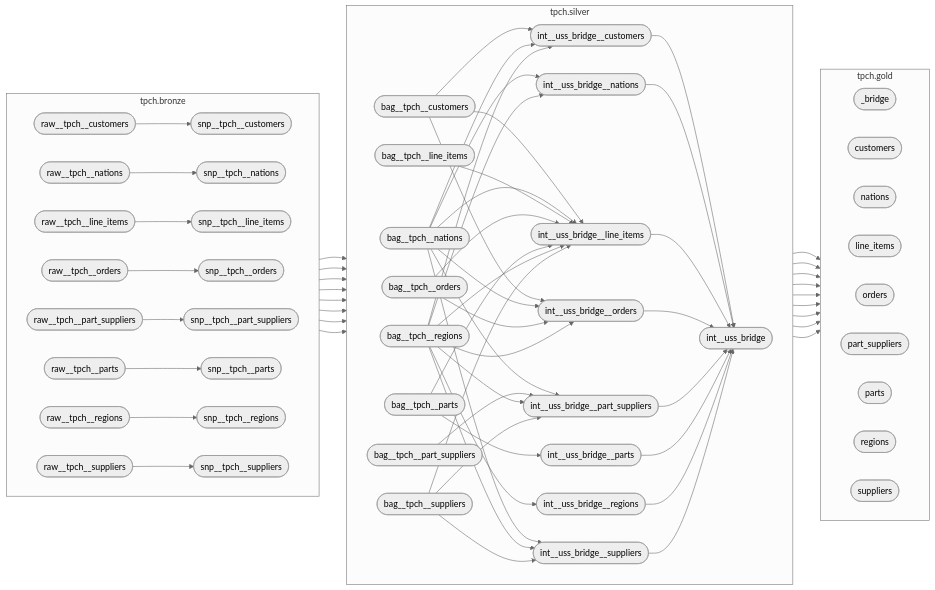
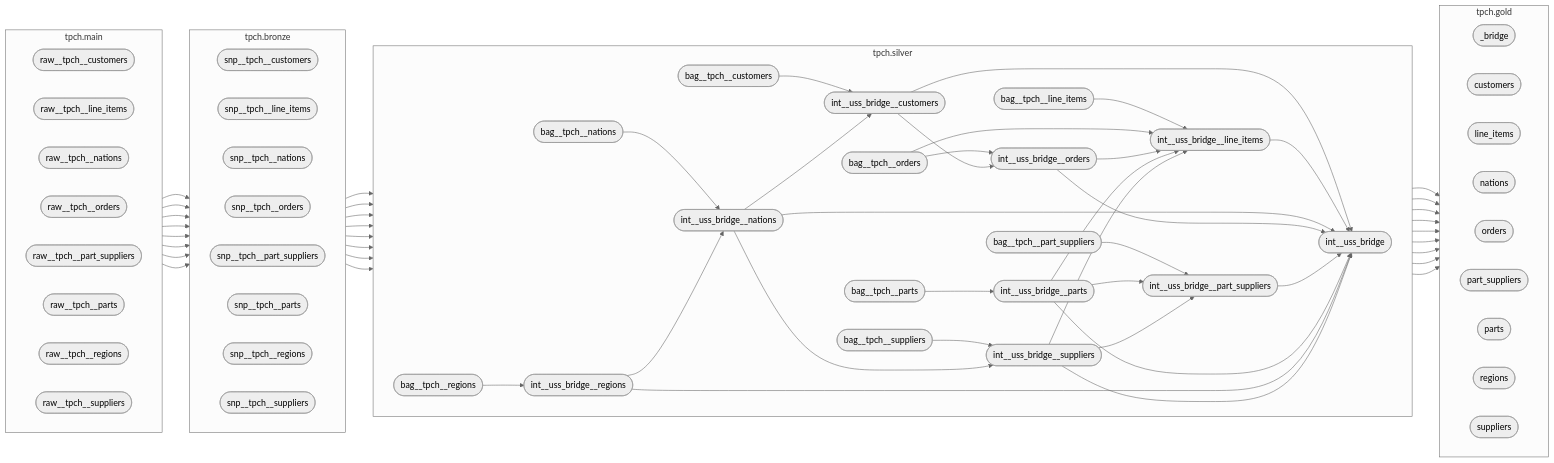
The first of 4 diagrams in README.md (mattiasthalen/tpch), drawn with Mermaid (neutral theme) before and after one commit. The commit also changed 10 other files, not shown here.

````diff
--- a/README.md
+++ b/README.md
@@ -5,14 +5,6 @@
 flowchart LR
     subgraph tpch.bronze["tpch.bronze"]
         direction LR
-        raw__tpch__customers(["raw__tpch__customers"])
-        raw__tpch__nations(["raw__tpch__nations"])
-        raw__tpch__line_items(["raw__tpch__line_items"])
-        raw__tpch__orders(["raw__tpch__orders"])
-        raw__tpch__part_suppliers(["raw__tpch__part_suppliers"])
-        raw__tpch__parts(["raw__tpch__parts"])
-        raw__tpch__regions(["raw__tpch__regions"])
-        raw__tpch__suppliers(["raw__tpch__suppliers"])
         snp__tpch__customers(["snp__tpch__customers"])
         snp__tpch__line_items(["snp__tpch__line_items"])
         snp__tpch__nations(["snp__tpch__nations"])
@@ -26,8 +18,8 @@
     subgraph tpch.silver["tpch.silver"]
         direction LR
         bag__tpch__customers(["bag__tpch__customers"])
+        bag__tpch__line_items(["bag__tpch__line_items"])
         bag__tpch__nations(["bag__tpch__nations"])
-        bag__tpch__line_items(["bag__tpch__line_items"])
         bag__tpch__orders(["bag__tpch__orders"])
         bag__tpch__part_suppliers(["bag__tpch__part_suppliers"])
         bag__tpch__parts(["bag__tpch__parts"])
@@ -35,8 +27,8 @@
         bag__tpch__suppliers(["bag__tpch__suppliers"])
         int__uss_bridge(["int__uss_bridge"])
         int__uss_bridge__customers(["int__uss_bridge__customers"])
+        int__uss_bridge__line_items(["int__uss_bridge__line_items"])
         int__uss_bridge__nations(["int__uss_bridge__nations"])
-        int__uss_bridge__line_items(["int__uss_bridge__line_items"])
         int__uss_bridge__orders(["int__uss_bridge__orders"])
         int__uss_bridge__part_suppliers(["int__uss_bridge__part_suppliers"])
         int__uss_bridge__parts(["int__uss_bridge__parts"])
@@ -48,8 +40,8 @@
         direction LR
         _bridge(["_bridge"])
         customers(["customers"])
+        line_items(["line_items"])
         nations(["nations"])
-        line_items(["line_items"])
         orders(["orders"])
         part_suppliers(["part_suppliers"])
         parts(["parts"])
@@ -57,15 +49,17 @@
         suppliers(["suppliers"])
     end
 
-    %% tpch.bronze -> tpch.bronze
-    raw__tpch__customers --> snp__tpch__customers
-    raw__tpch__nations --> snp__tpch__nations
-    raw__tpch__line_items --> snp__tpch__line_items
-    raw__tpch__orders --> snp__tpch__orders
-    raw__tpch__part_suppliers --> snp__tpch__part_suppliers
-    raw__tpch__parts --> snp__tpch__parts
-    raw__tpch__regions --> snp__tpch__regions
-    raw__tpch__suppliers --> snp__tpch__suppliers
+    subgraph tpch.main["tpch.main"]
+        direction LR
+        raw__tpch__customers(["raw__tpch__customers"])
+        raw__tpch__line_items(["raw__tpch__line_items"])
+        raw__tpch__nations(["raw__tpch__nations"])
+        raw__tpch__orders(["raw__tpch__orders"])
+        raw__tpch__part_suppliers(["raw__tpch__part_suppliers"])
+        raw__tpch__parts(["raw__tpch__parts"])
+        raw__tpch__regions(["raw__tpch__regions"])
+        raw__tpch__suppliers(["raw__tpch__suppliers"])
+    end
 
     %% tpch.bronze -> tpch.silver
     snp__tpch__customers --> bag__tpch__customers
@@ -79,47 +73,50 @@
 
     %% tpch.silver -> tpch.silver
     bag__tpch__customers --> int__uss_bridge__customers
-    bag__tpch__customers --> int__uss_bridge__line_items
-    bag__tpch__customers --> int__uss_bridge__orders
-    bag__tpch__nations --> int__uss_bridge__customers
+    bag__tpch__line_items --> int__uss_bridge__line_items
     bag__tpch__nations --> int__uss_bridge__nations
-    bag__tpch__nations --> int__uss_bridge__line_items
-    bag__tpch__nations --> int__uss_bridge__orders
-    bag__tpch__nations --> int__uss_bridge__part_suppliers
-    bag__tpch__nations --> int__uss_bridge__suppliers
-    bag__tpch__line_items --> int__uss_bridge__line_items
     bag__tpch__orders --> int__uss_bridge__line_items
     bag__tpch__orders --> int__uss_bridge__orders
     bag__tpch__part_suppliers --> int__uss_bridge__part_suppliers
-    bag__tpch__parts --> int__uss_bridge__line_items
     bag__tpch__parts --> int__uss_bridge__parts
-    bag__tpch__regions --> int__uss_bridge__customers
-    bag__tpch__regions --> int__uss_bridge__nations
-    bag__tpch__regions --> int__uss_bridge__line_items
-    bag__tpch__regions --> int__uss_bridge__orders
-    bag__tpch__regions --> int__uss_bridge__part_suppliers
     bag__tpch__regions --> int__uss_bridge__regions
-    bag__tpch__regions --> int__uss_bridge__suppliers
-    bag__tpch__suppliers --> int__uss_bridge__line_items
-    bag__tpch__suppliers --> int__uss_bridge__part_suppliers
     bag__tpch__suppliers --> int__uss_bridge__suppliers
     int__uss_bridge__customers --> int__uss_bridge
+    int__uss_bridge__customers --> int__uss_bridge__orders
+    int__uss_bridge__line_items --> int__uss_bridge
     int__uss_bridge__nations --> int__uss_bridge
-    int__uss_bridge__line_items --> int__uss_bridge
+    int__uss_bridge__nations --> int__uss_bridge__customers
+    int__uss_bridge__nations --> int__uss_bridge__suppliers
     int__uss_bridge__orders --> int__uss_bridge
+    int__uss_bridge__orders --> int__uss_bridge__line_items
     int__uss_bridge__part_suppliers --> int__uss_bridge
     int__uss_bridge__parts --> int__uss_bridge
+    int__uss_bridge__parts --> int__uss_bridge__line_items
+    int__uss_bridge__parts --> int__uss_bridge__part_suppliers
     int__uss_bridge__regions --> int__uss_bridge
+    int__uss_bridge__regions --> int__uss_bridge__nations
     int__uss_bridge__suppliers --> int__uss_bridge
+    int__uss_bridge__suppliers --> int__uss_bridge__line_items
+    int__uss_bridge__suppliers --> int__uss_bridge__part_suppliers
 
     %% tpch.silver -> tpch.gold
     bag__tpch__customers --> customers
+    bag__tpch__line_items --> line_items
     bag__tpch__nations --> nations
-    bag__tpch__line_items --> line_items
     bag__tpch__orders --> orders
     bag__tpch__part_suppliers --> part_suppliers
     bag__tpch__parts --> parts
     bag__tpch__regions --> regions
     bag__tpch__suppliers --> suppliers
     int__uss_bridge --> _bridge
+
+    %% tpch.main -> tpch.bronze
+    raw__tpch__customers --> snp__tpch__customers
+    raw__tpch__line_items --> snp__tpch__line_items
+    raw__tpch__nations --> snp__tpch__nations
+    raw__tpch__orders --> snp__tpch__orders
+    raw__tpch__part_suppliers --> snp__tpch__part_suppliers
+    raw__tpch__parts --> snp__tpch__parts
+    raw__tpch__regions --> snp__tpch__regions
+    raw__tpch__suppliers --> snp__tpch__suppliers
 ```
````
